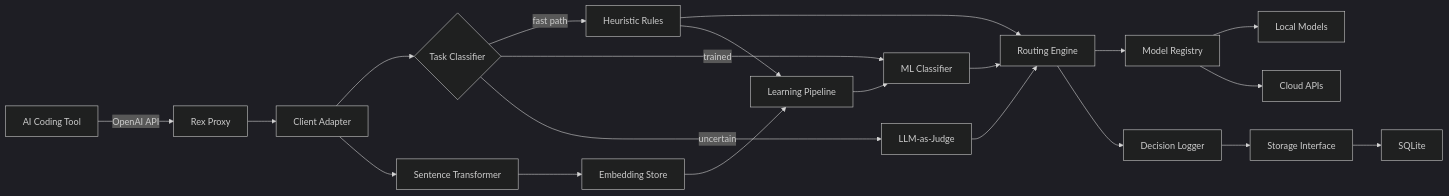
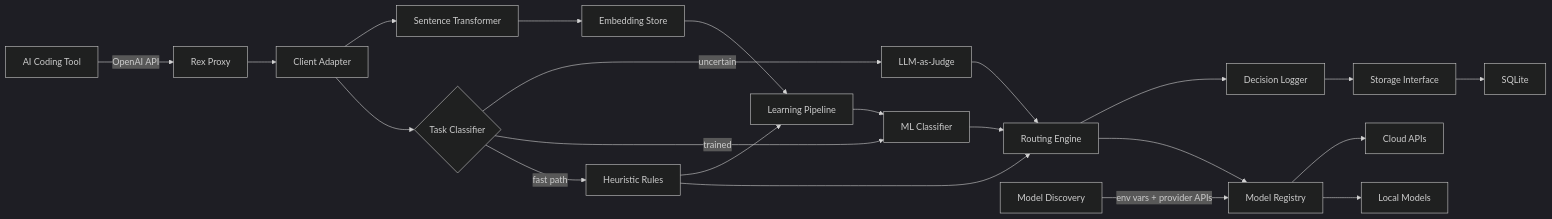
Before and after one commit to thsfranca/rex: the first of 3 diagrams in ARCHITECTURE.md, drawn with Mermaid (dark theme). The commit also changed other lines of this file and 5 other files, not shown here.

First line of the commit message:
Redesign config and routing for zero-config model discovery

````diff
--- a/ARCHITECTURE.md
+++ b/ARCHITECTURE.md
@@ -13,23 +13,24 @@
 ```mermaid
 flowchart LR
     Client[AI Coding Tool] -->|OpenAI API| Proxy[Rex Proxy]
     Proxy --> Adapter[Client Adapter]
     Adapter --> Classifier{Task Classifier}
     Classifier -->|fast path| Heuristics[Heuristic Rules]
     Classifier -->|trained| MLClassifier[ML Classifier]
     Classifier -->|uncertain| LLMJudge[LLM-as-Judge]
     Heuristics --> Router[Routing Engine]
     MLClassifier --> Router
     LLMJudge --> Router
     Router --> Registry[Model Registry]
+    Discovery[Model Discovery] -->|env vars + provider APIs| Registry
     Registry --> Local[Local Models]
     Registry --> Cloud[Cloud APIs]
     Router --> Logger[Decision Logger]
     Logger --> Store[Storage Interface]
     Store --> DataStore[SQLite]
     Adapter --> Embedder[Sentence Transformer]
     Embedder --> EmbeddingStore[Embedding Store]
     EmbeddingStore --> LearningPipeline[Learning Pipeline]
     Heuristics --> LearningPipeline
     LearningPipeline --> MLClassifier
 ```
````
